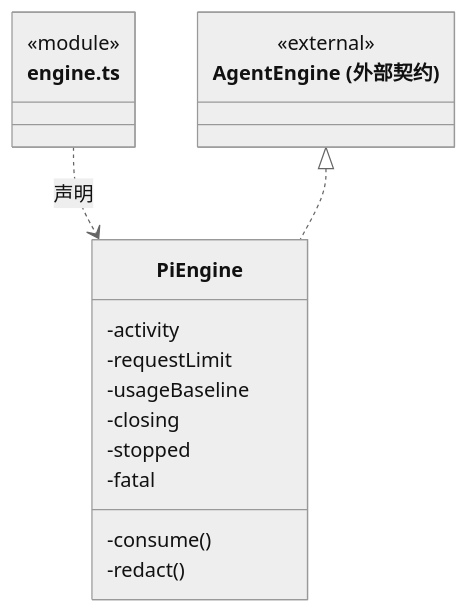
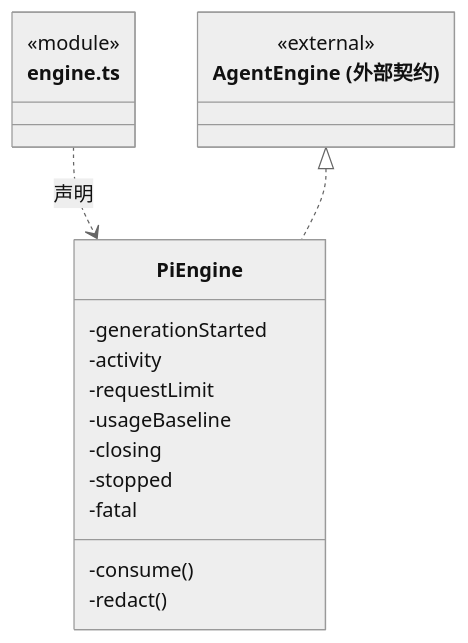
Before and after one commit to nan023062/cbim: the third of 11 diagrams in src/logic/execution/engines/pi/ARCHITECTURE.md, drawn with Mermaid (neutral theme). The commit also changed other lines of this file and 139 other files, not shown here.

Commit message:
docs(architecture): add source reading paths and complete file inventories

````diff
--- a/src/logic/execution/engines/pi/ARCHITECTURE.md
+++ b/src/logic/execution/engines/pi/ARCHITECTURE.md
@@ -88,21 +92,22 @@
 ```mermaid
 classDiagram
 class N_src_logic_execution_engines_pi_engine_ts["engine.ts"] {
   <<module>>
 }
 class N_src_logic_execution_engines_pi_engine_ts_PiEngine["PiEngine"] {
+  -generationStarted
   -activity
   -requestLimit
   -usageBaseline
   -closing
   -stopped
   -fatal
   -consume()
   -redact()
 }
 N_src_logic_execution_engines_pi_engine_ts ..> N_src_logic_execution_engines_pi_engine_ts_PiEngine : 声明
 class N_src_logic_execution_engines_pi_engine_ts_external_AgentEngine["AgentEngine (外部契约)"] {
   <<external>>
 }
 N_src_logic_execution_engines_pi_engine_ts_external_AgentEngine <|.. N_src_logic_execution_engines_pi_engine_ts_PiEngine
 ```
````
